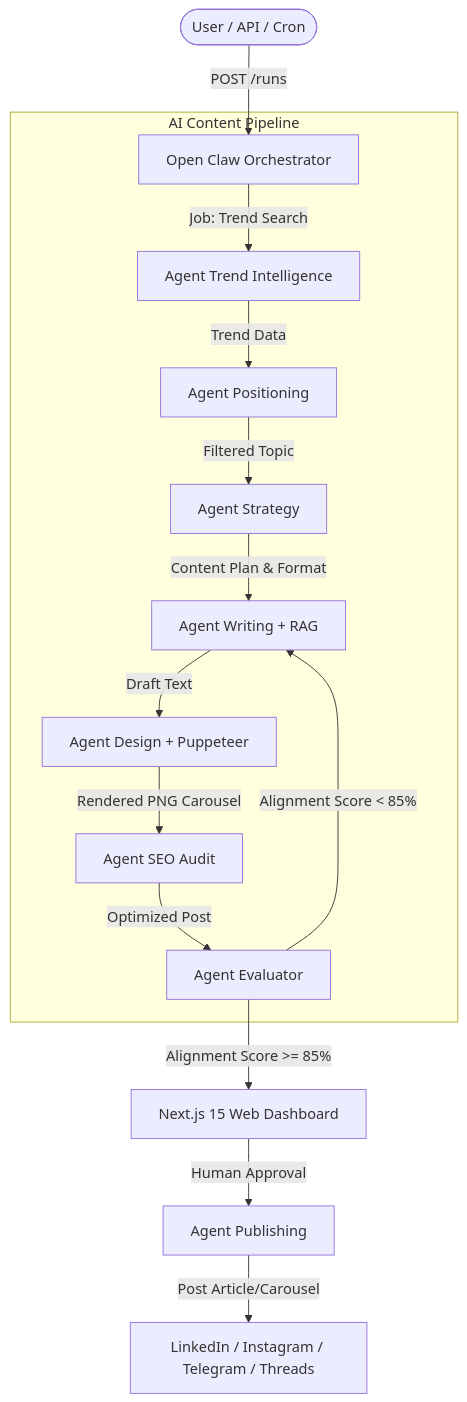
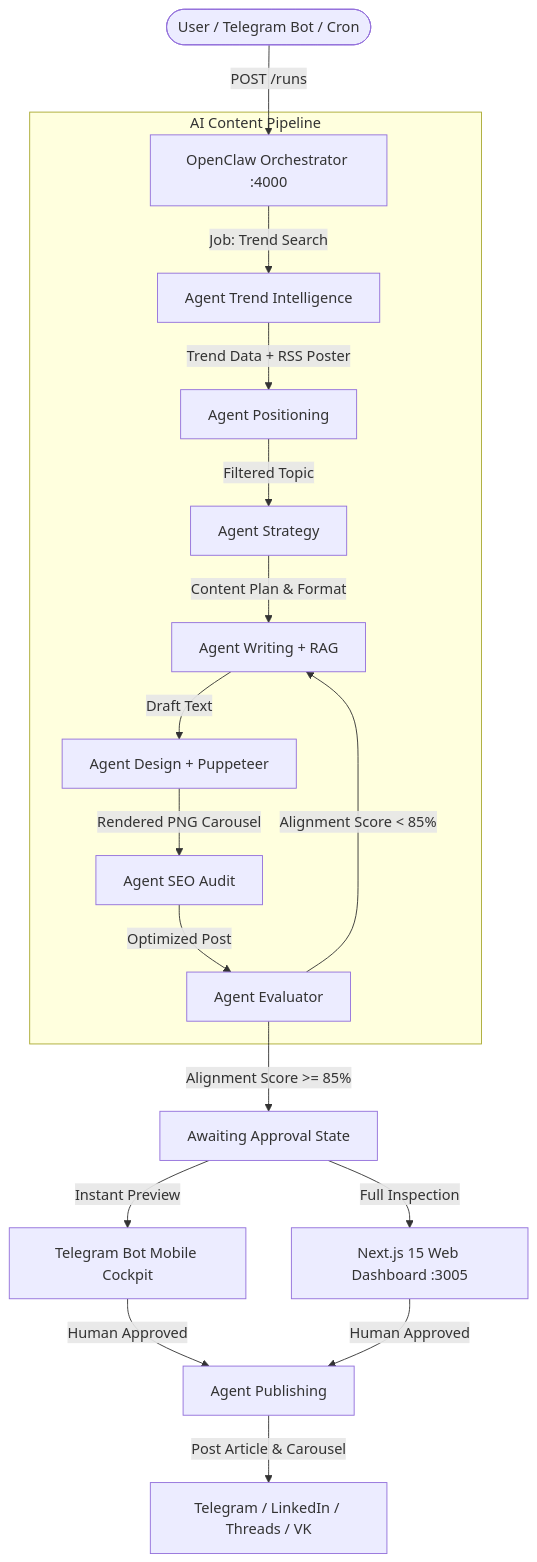
One commit to maoroch/Autonomous_social_intelligence_engine changed the diagram in README.md. Above: the diagram before and after it, drawn with Mermaid. The commit also changed other lines of this file, not shown here.

Commit message:
docs: comprehensive README update covering Cinema Media, Testo Gas, Telegram HITL, and K8s ideas

````diff
--- a/README.md
+++ b/README.md
@@ -73,20 +79,24 @@
 ```mermaid
 flowchart TD
-    Client([User / API / Cron]) -->|POST /runs| OC[Open Claw Orchestrator]
+    Client([User / Telegram Bot / Cron]) -->|POST /runs| OC[OpenClaw Orchestrator :4000]
     
     subgraph Pipeline [AI Content Pipeline]
         OC -->|Job: Trend Search| AG_Trend[Agent Trend Intelligence]
-        AG_Trend -->|Trend Data| AG_Pos[Agent Positioning]
+        AG_Trend -->|Trend Data + RSS Poster| AG_Pos[Agent Positioning]
         AG_Pos -->|Filtered Topic| AG_Strat[Agent Strategy]
         AG_Strat -->|Content Plan & Format| AG_Write[Agent Writing + RAG]
         AG_Write -->|Draft Text| AG_Design[Agent Design + Puppeteer]
         AG_Design -->|Rendered PNG Carousel| AG_SEO[Agent SEO Audit]
         AG_SEO -->|Optimized Post| AG_Eval[Agent Evaluator]
     end
 
-    AG_Eval -->|Alignment Score >= 85%| UI[Next.js 15 Web Dashboard]
+    AG_Eval -->|Alignment Score >= 85%| ReviewNode[Awaiting Approval State]
     AG_Eval -->|Alignment Score < 85%| AG_Write
     
-    UI -->|Human Approval| AG_Pub[Agent Publishing]
-    AG_Pub -->|Post Article/Carousel| Platforms[LinkedIn / Instagram / Telegram / Threads]
+    ReviewNode -->|Instant Preview| TG[Telegram Bot Mobile Cockpit]
+    ReviewNode -->|Full Inspection| UI[Next.js 15 Web Dashboard :3005]
+    
+    TG -->|Human Approved| AG_Pub[Agent Publishing]
+    UI -->|Human Approved| AG_Pub
+    AG_Pub -->|Post Article & Carousel| Platforms[Telegram / LinkedIn / Threads / VK]
 ```
````
